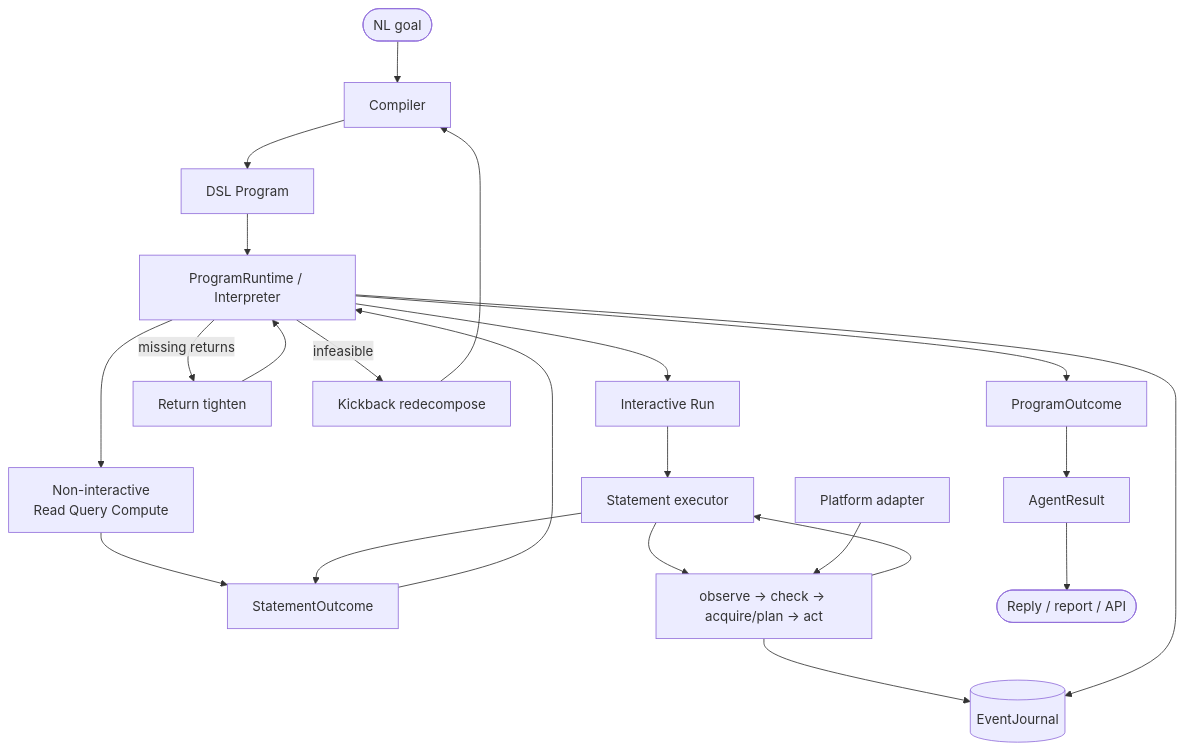
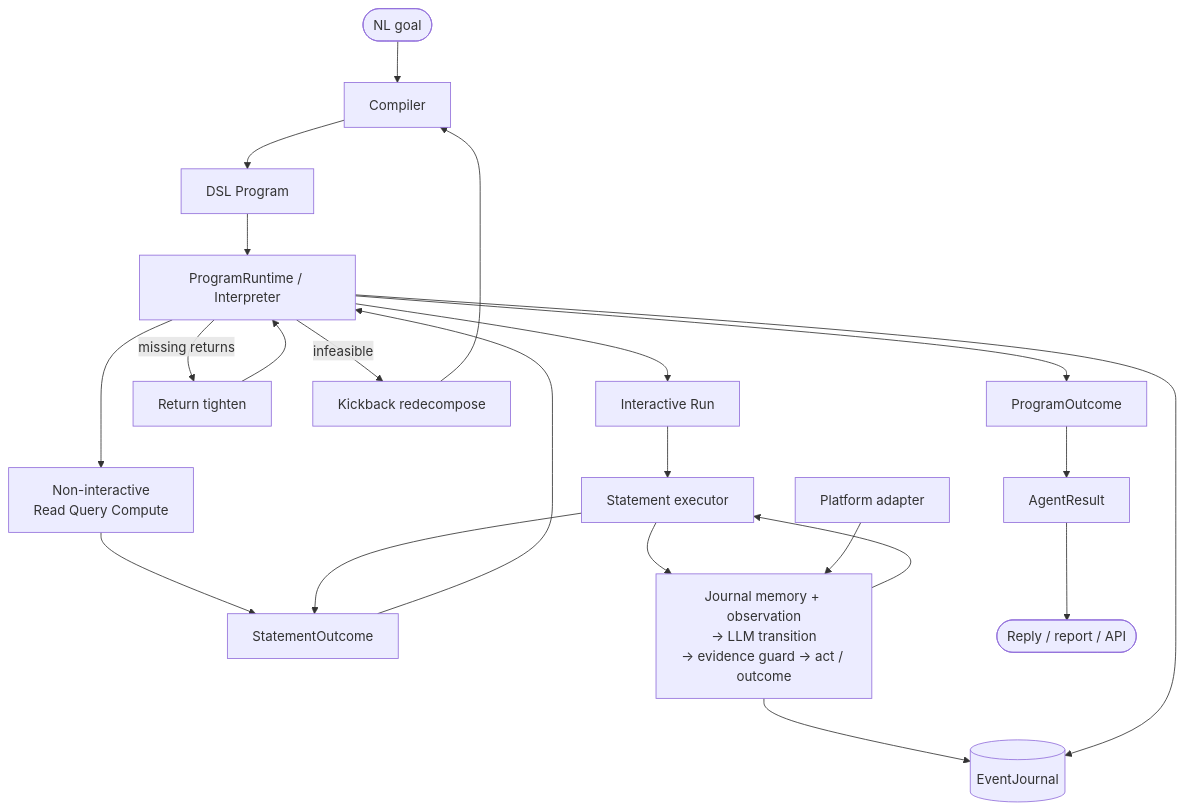
The diagram in README.md (hyechow/GUIWeave), drawn with Mermaid before and after one commit. The commit also changed other lines of this file and 2 other files, not shown here.

Commit message:
docs(runtime): describe the minimal statement transition

````diff
--- a/README.md
+++ b/README.md
@@ -67,29 +67,29 @@
 ```mermaid
 flowchart TD
     Goal([NL goal]) --> Compiler[Compiler]
     Compiler --> Prog[DSL Program]
     Prog --> RT[ProgramRuntime / Interpreter]
 
     RT --> Imm[Non-interactive\nRead Query Compute]
     RT --> Run[Interactive Run]
     Imm --> SO[StatementOutcome]
     Run --> SE[Statement executor]
     SE --> SO
     SO --> RT
 
     RT -->|missing returns| Tight[Return tighten]
     RT -->|infeasible| Kick[Kickback redecompose]
     Tight --> RT
     Kick --> Compiler
 
-    SE --> Loop[observe → check → acquire/plan → act]
+    SE --> Loop[Journal memory + observation<br/>→ LLM transition<br/>→ evidence guard → act / outcome]
     Loop --> SE
     Loop --> Journal[(EventJournal)]
     RT --> Journal
 
     RT --> PO[ProgramOutcome]
     PO --> AR[AgentResult]
     AR --> Out([Reply / report / API])
 
     Plat[Platform adapter] --> Loop
 ```
````
